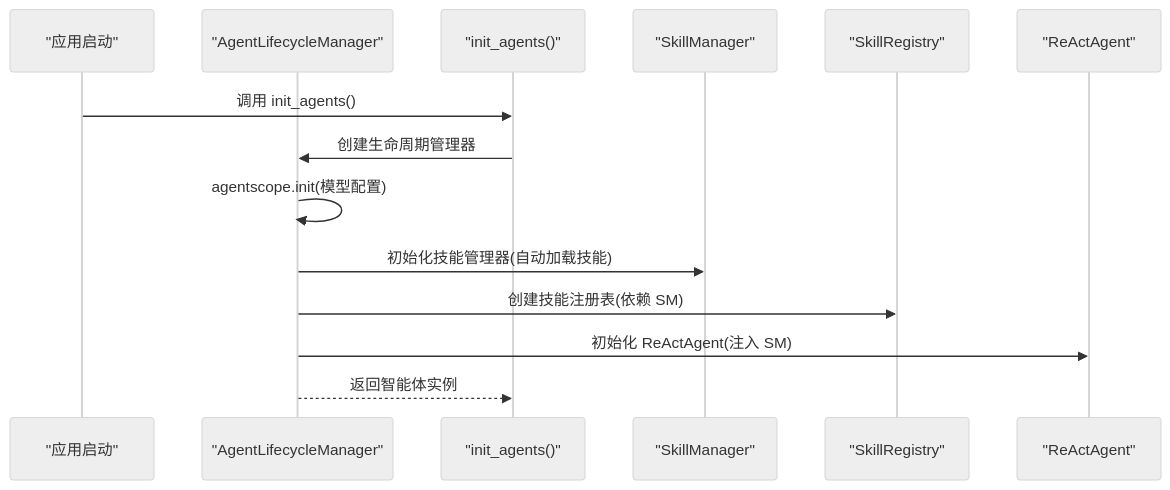
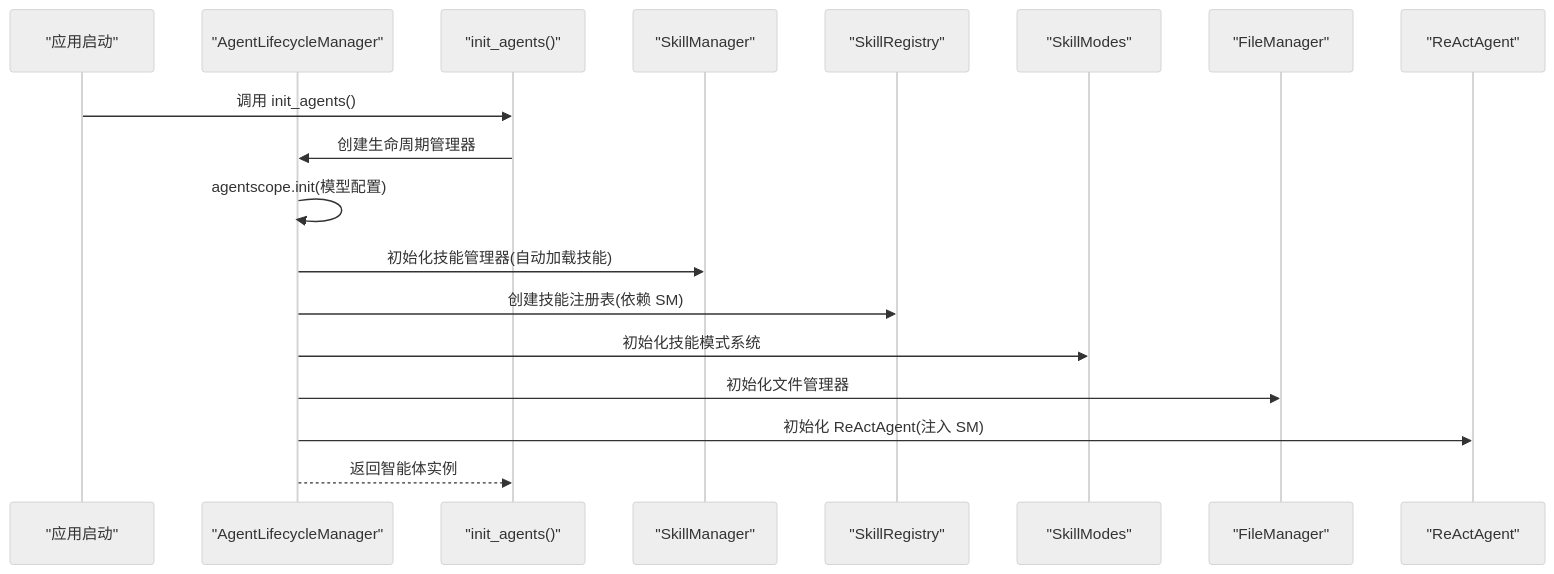
One commit to zhangdahai112/LocalManus changed diagram 11 of 14 in .qoder/repowiki/zh/content/技能管理系统/技能管理系统.md. Above: the diagram before and after it, drawn with Mermaid (neutral theme). The commit also changed other lines of this file and 19 other files, not shown here.

````diff
--- a/.qoder/repowiki/zh/content/技能管理系统/技能管理系统.md
+++ b/.qoder/repowiki/zh/content/技能管理系统/技能管理系统.md
@@ -510,16 +527,20 @@
 ```mermaid
 sequenceDiagram
 participant App as "应用启动"
 participant ALM as "AgentLifecycleManager"
 participant AM as "init_agents()"
 participant SM as "SkillManager"
 participant SR as "SkillRegistry"
+participant SD as "SkillModes"
+participant FM as "FileManager"
 participant RA as "ReActAgent"
 App->>AM : 调用 init_agents()
 AM->>ALM : 创建生命周期管理器
 ALM->>ALM : agentscope.init(模型配置)
 ALM->>SM : 初始化技能管理器(自动加载技能)
 ALM->>SR : 创建技能注册表(依赖 SM)
+ALM->>SD : 初始化技能模式系统
+ALM->>FM : 初始化文件管理器
 ALM->>RA : 初始化 ReActAgent(注入 SM)
 ALM-->>AM : 返回智能体实例
 ```
````
